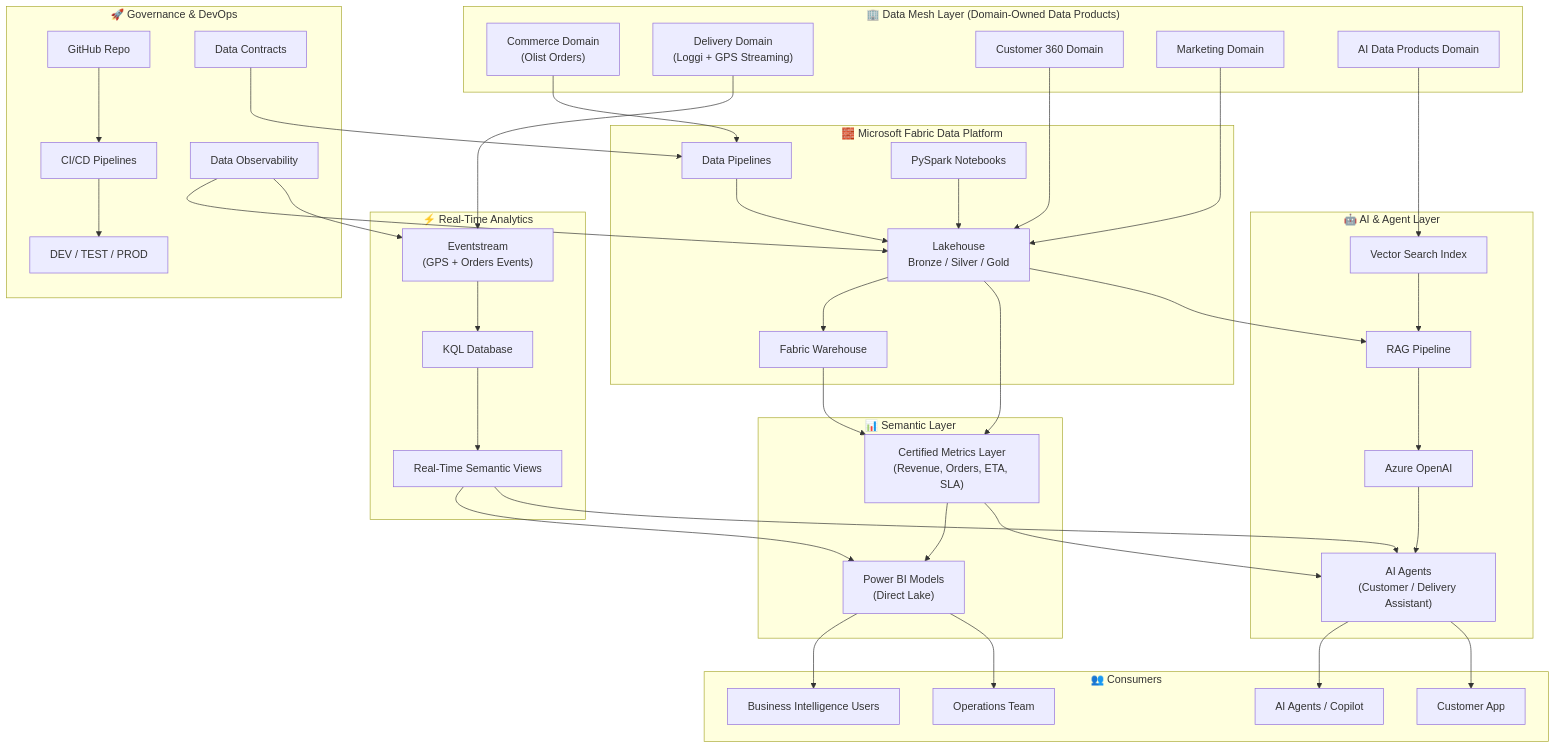
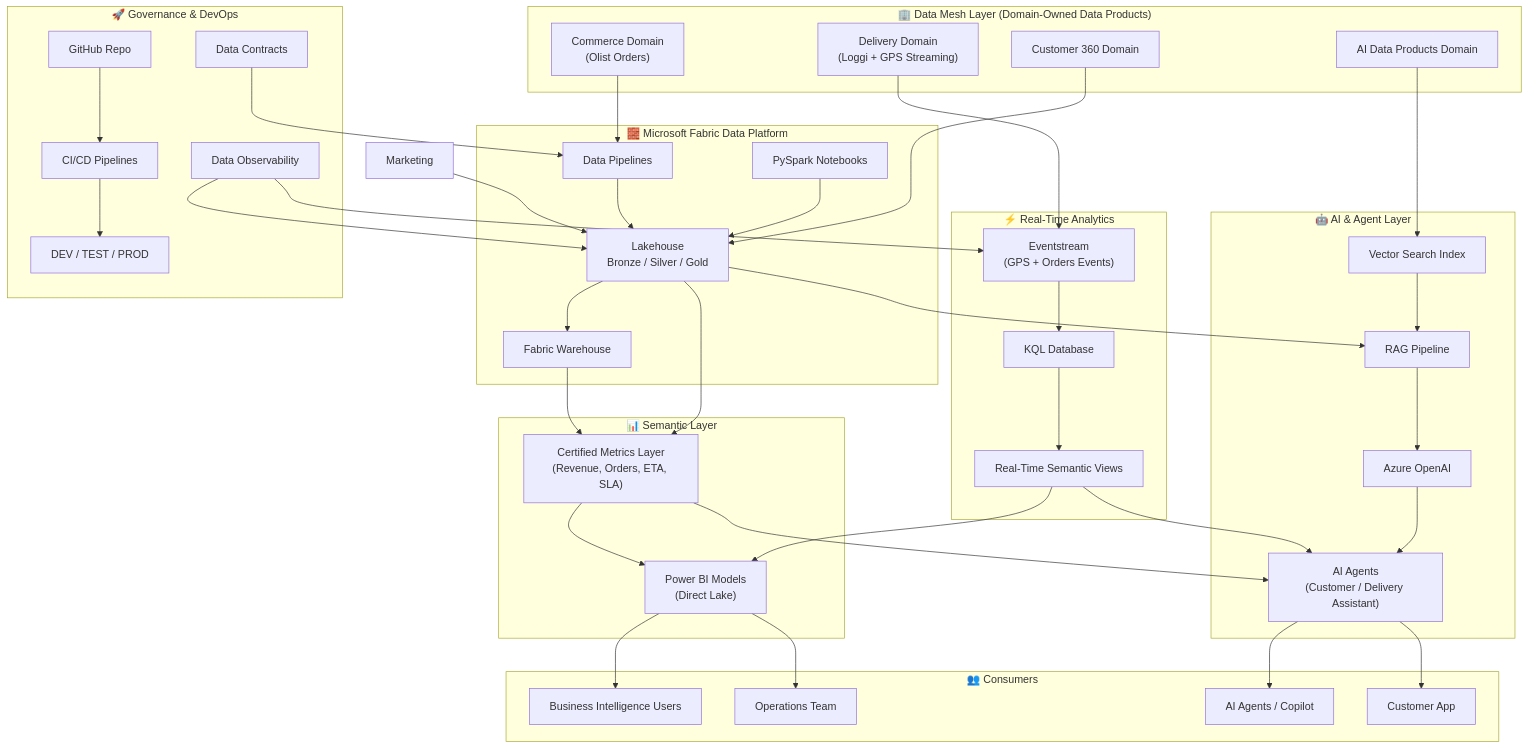
Before and after one commit to Lupita0406/fabric-enterprise-intelligence-platform: the diagram in docs/01-enterprise-architecture/README.md, drawn with Mermaid. The commit also changed other lines of this file and 6 other files, not shown here.

Commit message:
docs: refresh platform documentation and architecture guides

```diff
--- a/docs/01-enterprise-architecture/README.md
+++ b/docs/01-enterprise-architecture/README.md
@@ -43,7 +55,6 @@
     Commerce["Commerce Domain\n(Olist Orders)"]
     Delivery["Delivery Domain\n(Loggi + GPS Streaming)"]
     Customer["Customer 360 Domain"]
-    Marketing["Marketing Domain"]
     AIDomain["AI Data Products Domain"]
 end
 
```
